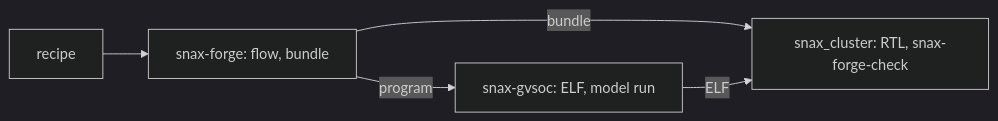
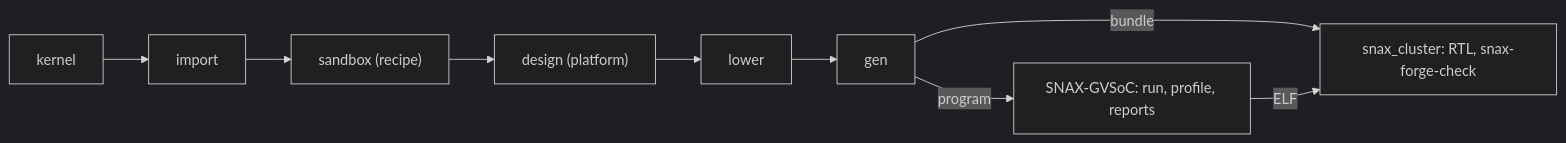
One commit to KULeuven-MICAS/snax-forge changed the diagram in README.md. Above: the diagram before and after it, drawn with Mermaid (dark theme). The commit also changed other lines of this file and 16 other files, not shown here.

````diff
--- a/README.md
+++ b/README.md
@@ -22,7 +9,7 @@
 ```mermaid
 flowchart LR
-  R[recipe] --> F[snax-forge: flow, bundle]
-  F -- program --> G[snax-gvsoc: ELF, model run]
-  F -- bundle --> C[snax_cluster: RTL, snax-forge-check]
-  G -- ELF --> C
+  K[kernel] --> I[import] --> S["sandbox (recipe)"] --> D["design (platform)"] --> L[lower] --> G[gen]
+  G -- program --> V["SNAX-GVSoC: run, profile, reports"]
+  G -- bundle --> C["snax_cluster: RTL, snax-forge-check"]
+  V -- ELF --> C
 ```
````
